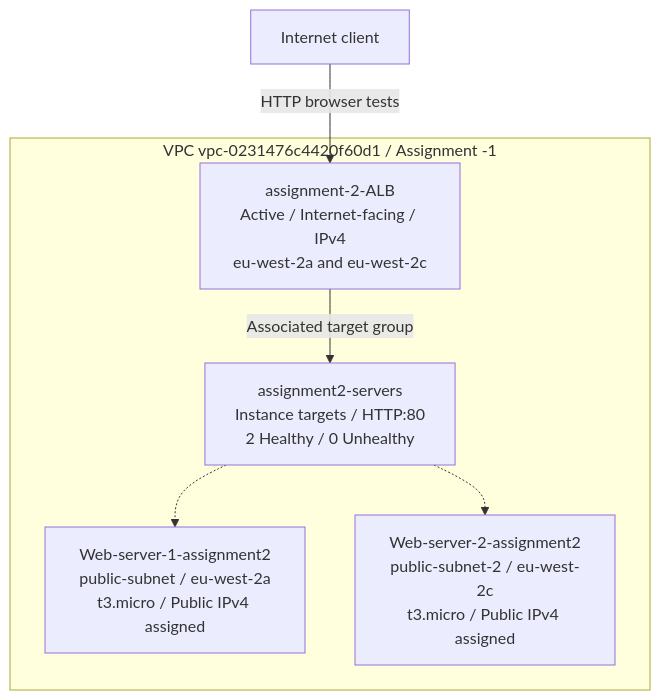
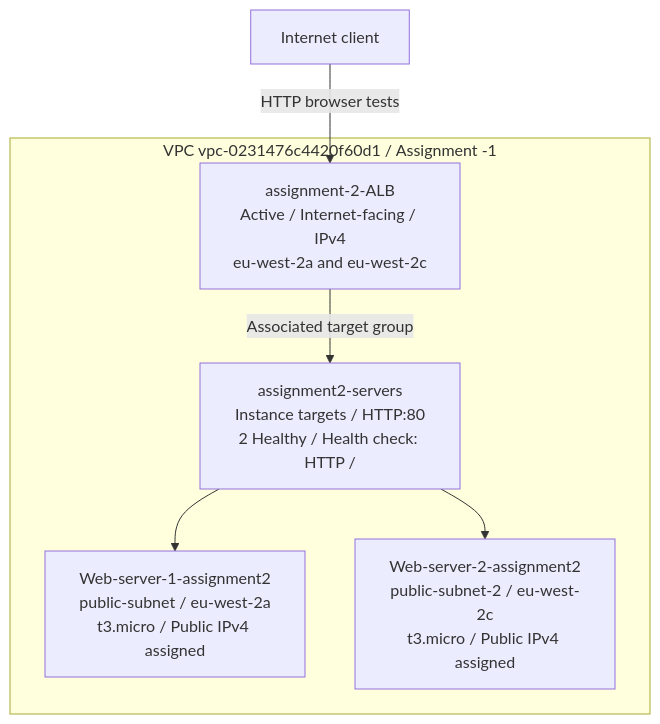
Before and after one commit to Abdullahi909/devops-learning: the diagram in aws-assignments/aws-alb-assignment/evidence/README.md, drawn with Mermaid. The commit also changed other lines of this file and 4 other files, not shown here.

Commit message:
Add ALB health check and registered target evidence

````diff
--- a/aws-assignments/aws-alb-assignment/evidence/README.md
+++ b/aws-assignments/aws-alb-assignment/evidence/README.md
@@ -17,10 +17,10 @@
 ```mermaid
 flowchart TD
     Client[Internet client] -->|HTTP browser tests| ALB
     subgraph VPC["VPC vpc-0231476c4420f60d1 / Assignment -1"]
         ALB["assignment-2-ALB<br/>Active / Internet-facing / IPv4<br/>eu-west-2a and eu-west-2c"]
-        ALB -->|Associated target group| TG["assignment2-servers<br/>Instance targets / HTTP:80<br/>2 Healthy / 0 Unhealthy"]
-        TG -.-> EC2A["Web-server-1-assignment2<br/>public-subnet / eu-west-2a<br/>t3.micro / Public IPv4 assigned"]
-        TG -.-> EC2B["Web-server-2-assignment2<br/>public-subnet-2 / eu-west-2c<br/>t3.micro / Public IPv4 assigned"]
+        ALB -->|Associated target group| TG["assignment2-servers<br/>Instance targets / HTTP:80<br/>2 Healthy / Health check: HTTP /"]
+        TG --> EC2A["Web-server-1-assignment2<br/>public-subnet / eu-west-2a<br/>t3.micro / Public IPv4 assigned"]
+        TG --> EC2B["Web-server-2-assignment2<br/>public-subnet-2 / eu-west-2c<br/>t3.micro / Public IPv4 assigned"]
     end
 ```
````
